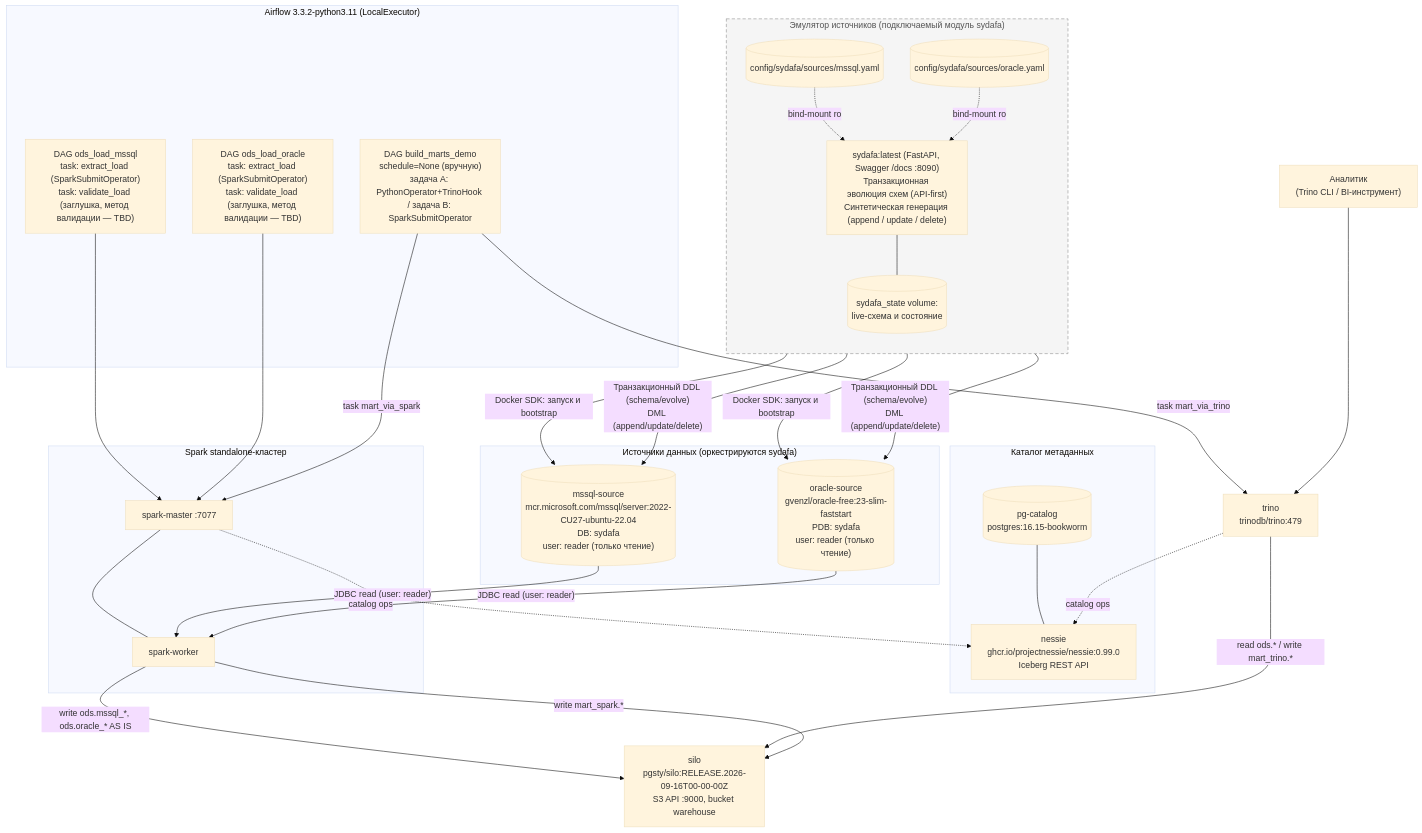
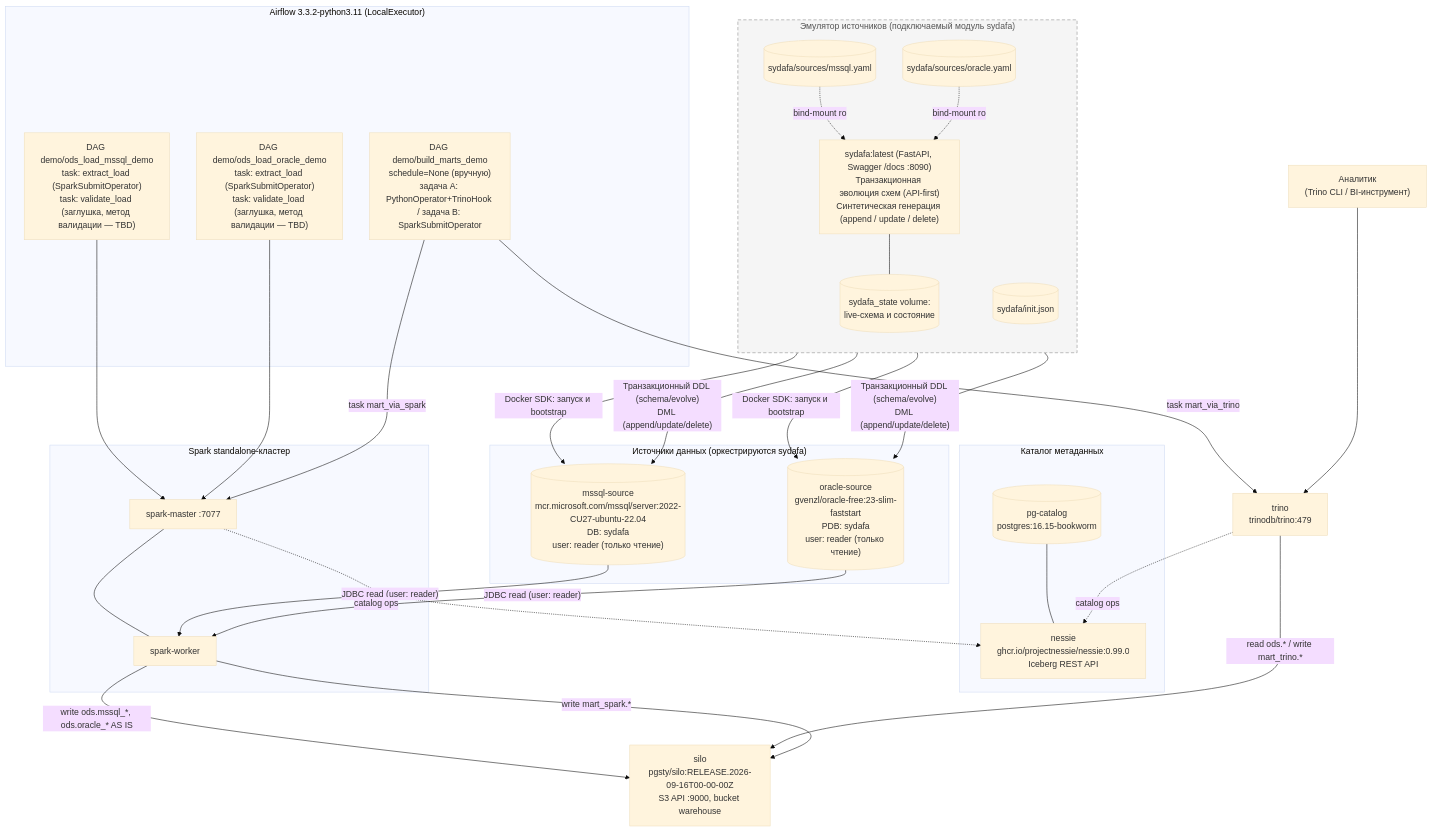
One commit to georgekochergin/datalake_stand changed the diagram in docs/README.md. Above: the diagram before and after it, drawn with Mermaid (base theme). The commit also changed other lines of this file and 13 other files, not shown here.

Commit message:
feat: restructure sydafa dir, add init.json, isolate demo DAGs in airflow/dags/demo/, use unified /exec API

````diff
--- a/docs/README.md
+++ b/docs/README.md
@@ -9,64 +9,65 @@
 ```mermaid
 flowchart TB
     ANALYST["Аналитик\n(Trino CLI / BI-инструмент)"]
 
     subgraph Sources["Источники данных (оркестрируются sydafa)"]
         MSSQL[("mssql-source\nmcr.microsoft.com/mssql/server:2022-CU27-ubuntu-22.04\nDB: sydafa\nuser: reader (только чтение)")]
         ORA[("oracle-source\ngvenzl/oracle-free:23-slim-faststart\nPDB: sydafa\nuser: reader (только чтение)")]
     end
 
     subgraph SydafaService["Эмулятор источников (подключаемый модуль sydafa)"]
         direction TB
-        CFG1[("config/sydafa/sources/mssql.yaml")]
-        CFG2[("config/sydafa/sources/oracle.yaml")]
+        CFG1[("sydafa/sources/mssql.yaml")]
+        CFG2[("sydafa/sources/oracle.yaml")]
+        INIT[("sydafa/init.json")]
         API["sydafa:latest (FastAPI, Swagger /docs :8090)\nТранзакционная эволюция схем (API-first)\nСинтетическая генерация (append / update / delete)"]
         STATE[("sydafa_state volume:\nlive-схема и состояние")]
         CFG1 -. "bind-mount ro" .-> API
         CFG2 -. "bind-mount ro" .-> API
         API --- STATE
     end
 
     subgraph Catalog["Каталог метаданных"]
         PGC[("pg-catalog\npostgres:16.15-bookworm")]
         NESSIE["nessie\nghcr.io/projectnessie/nessie:0.99.0\nIceberg REST API"]
         PGC --- NESSIE
     end
 
     SILO["silo\npgsty/silo:RELEASE.2026-09-16T00-00-00Z\nS3 API :9000, bucket warehouse"]
 
     subgraph SparkCluster["Spark standalone-кластер"]
         SM["spark-master :7077"]
         SW["spark-worker"]
         SM --- SW
     end
 
     TRINO["trino\ntrinodb/trino:479"]
 
     subgraph Orchestration["Airflow 3.3.2-python3.11 (LocalExecutor)"]
-        D1["DAG ods_load_mssql\ntask: extract_load (SparkSubmitOperator)\ntask: validate_load (заглушка, метод валидации — TBD)"]
-        D2["DAG ods_load_oracle\ntask: extract_load (SparkSubmitOperator)\ntask: validate_load (заглушка, метод валидации — TBD)"]
-        D3["DAG build_marts_demo\nschedule=None (вручную)\nзадача A: PythonOperator+TrinoHook / задача B: SparkSubmitOperator"]
+        D1["DAG demo/ods_load_mssql_demo\ntask: extract_load (SparkSubmitOperator)\ntask: validate_load (заглушка, метод валидации — TBD)"]
+        D2["DAG demo/ods_load_oracle_demo\ntask: extract_load (SparkSubmitOperator)\ntask: validate_load (заглушка, метод валидации — TBD)"]
+        D3["DAG demo/build_marts_demo\nschedule=None (вручную)\nзадача A: PythonOperator+TrinoHook / задача B: SparkSubmitOperator"]
     end
 
     API -- "Docker SDK: запуск и bootstrap" --> MSSQL
     API -- "Docker SDK: запуск и bootstrap" --> ORA
     API -- "Транзакционный DDL (schema/evolve)\nDML (append/update/delete)" --> MSSQL
     API -- "Транзакционный DDL (schema/evolve)\nDML (append/update/delete)" --> ORA
 
     D1 --> SM
     D2 --> SM
     MSSQL -- "JDBC read (user: reader)" --> SW
     ORA -- "JDBC read (user: reader)" --> SW
     SW -- "write ods.mssql_*, ods.oracle_* AS IS" --> SILO
     SM -. "catalog ops" .-> NESSIE
 
     D3 -- "task mart_via_trino" --> TRINO
     D3 -- "task mart_via_spark" --> SM
     TRINO -. "catalog ops" .-> NESSIE
     TRINO -- "read ods.* / write mart_trino.*" --> SILO
     SW -- "write mart_spark.*" --> SILO
 
     ANALYST --> TRINO
 
     style SydafaService stroke-dasharray: 6 4,stroke:#888,fill:#f5f5f5,color:#555
 ```
````
